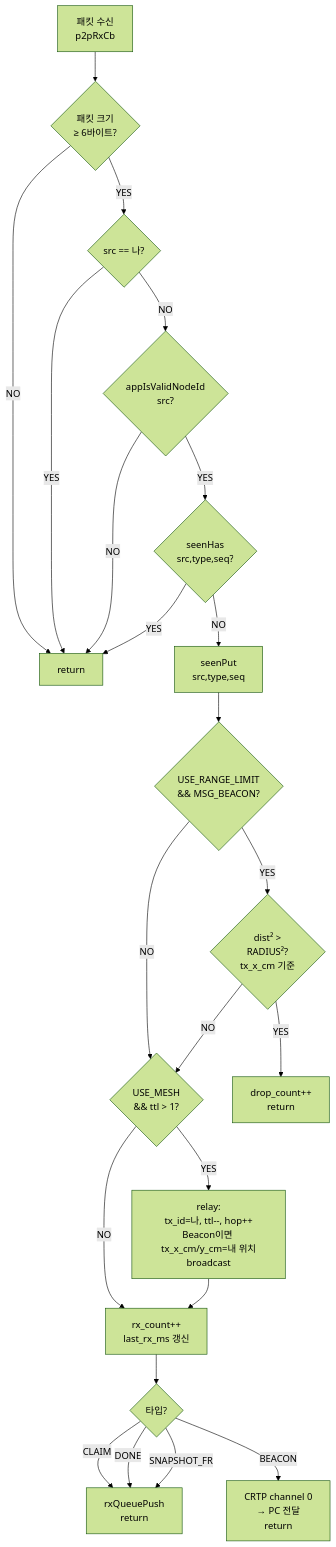
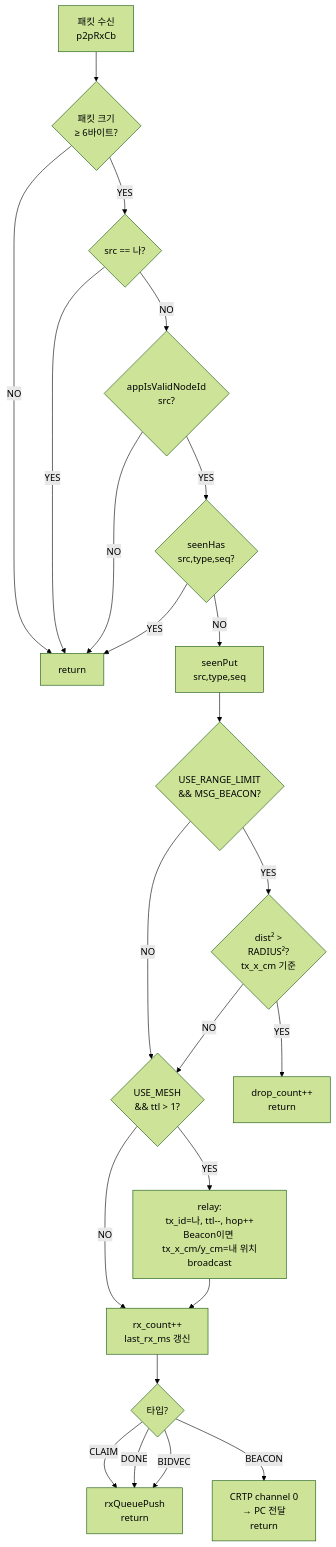
Before and after one commit to IN-AIR-KR/crazyflie-firmware: the diagram in examples/app_peer_to_peer_meshprobe/docs/MESH_NETWORK.md, drawn with Mermaid (forest theme). The commit also changed other lines of this file and 6 other files, not shown here.

````diff
--- a/examples/app_peer_to_peer_meshprobe/docs/MESH_NETWORK.md
+++ b/examples/app_peer_to_peer_meshprobe/docs/MESH_NETWORK.md
@@ -337,31 +347,31 @@
 ```mermaid
 flowchart TD
     A[패킷 수신\np2pRxCb] --> B{패킷 크기\n≥ 6바이트?}
     B -- NO --> Z[return]
     B -- YES --> C{src == 나?}
     C -- YES --> Z
     C -- NO --> D{appIsValidNodeId\nsrc?}
     D -- NO --> Z
     D -- YES --> E{seenHas\nsrc,type,seq?}
     E -- YES --> Z
     E -- NO --> F[seenPut\nsrc,type,seq]
 
     F --> G{USE_RANGE_LIMIT\n&& MSG_BEACON?}
     G -- NO --> H
     G -- YES --> G5{dist² >\nRADIUS²?\ntx_x_cm 기준}
     G5 -- YES --> ZD[drop_count++\nreturn]
     G5 -- NO --> H
 
     H{USE_MESH\n&& ttl > 1?}
     H -- YES --> I[relay:\ntx_id=나, ttl--, hop++\nBeacon이면 tx_x_cm/y_cm=내 위치\nbroadcast]
     H -- NO --> J
     I --> J
 
     J[rx_count++\nlast_rx_ms 갱신]
 
     J --> K{타입?}
     K -- CLAIM --> L[rxQueuePush\nreturn]
     K -- DONE --> L
-    K -- SNAPSHOT_FR --> L
+    K -- BIDVEC --> L
     K -- BEACON --> M[CRTP channel 0\n→ PC 전달\nreturn]
 ```
````
